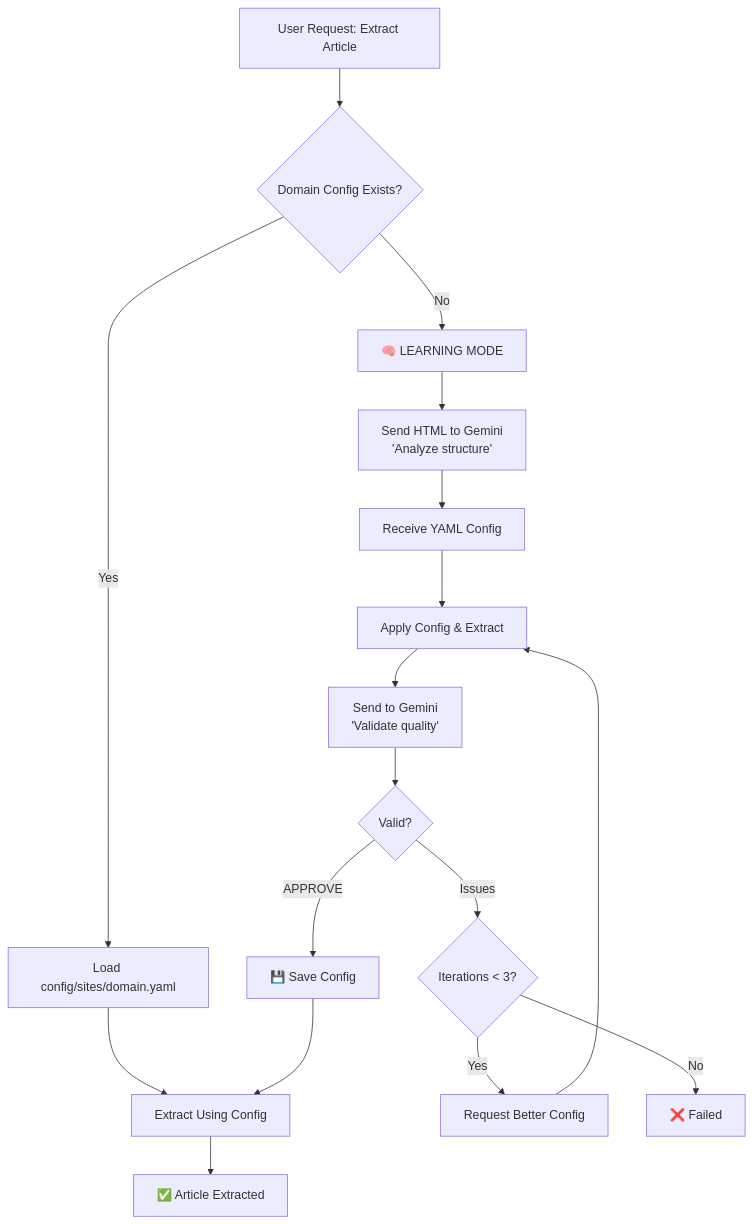
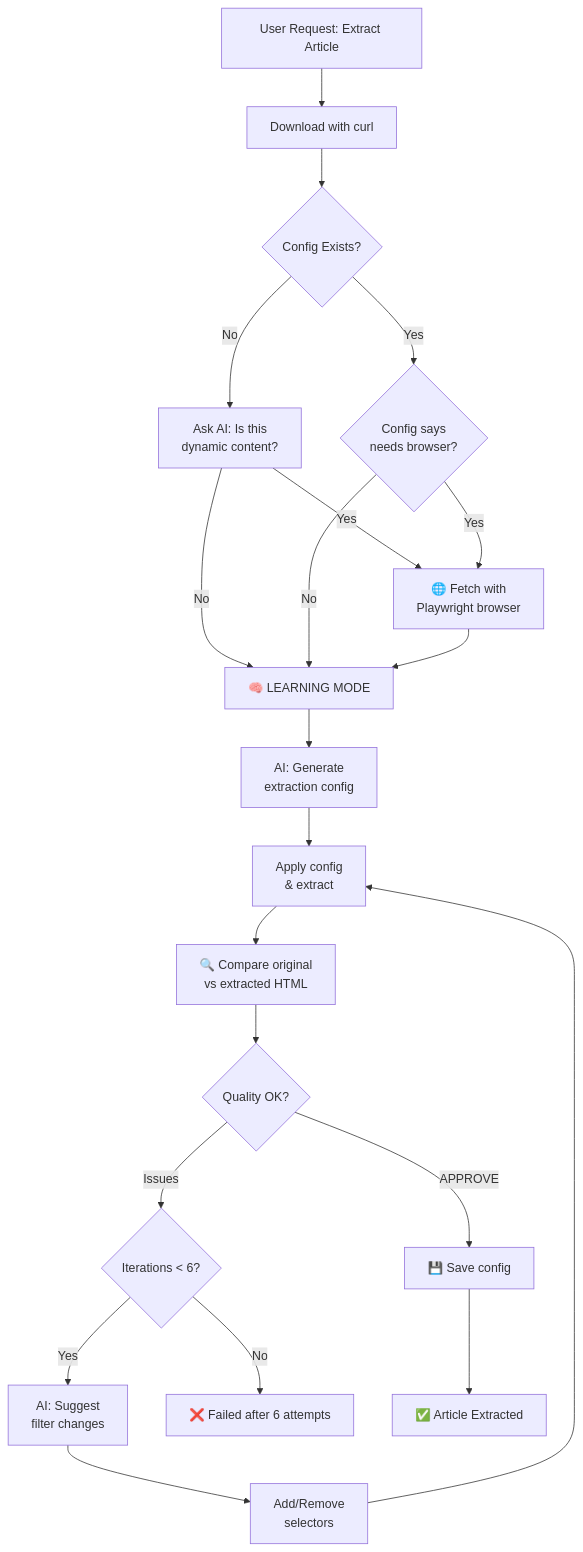
Before and after one commit to Denter-/article-2-text: the first of 3 diagrams in docs/technical/site-registry.md, drawn with Mermaid. The commit also changed other lines of this file and 13 other files, not shown here.

````diff
--- a/docs/technical/site-registry.md
+++ b/docs/technical/site-registry.md
@@ -23,23 +24,28 @@
 ```mermaid
 flowchart TD
-    A[User Request: Extract Article] --> B{Domain Config Exists?}
-    B -->|Yes| C[Load config/sites/domain.yaml]
-    B -->|No| D[🧠 LEARNING MODE]
+    A[User Request: Extract Article] --> B[Download with curl]
+    B --> C{Config Exists?}
+    C -->|Yes| D{Config says<br/>needs browser?}
+    C -->|No| E[Ask AI: Is this<br/>dynamic content?]
     
-    C --> E[Extract Using Config]
+    E -->|Yes| F[🌐 Fetch with<br/>Playwright browser]
+    E -->|No| G[🧠 LEARNING MODE]
+    D -->|Yes| F
+    D -->|No| G
     
-    D --> F[Send HTML to Gemini<br/>'Analyze structure']
-    F --> G[Receive YAML Config]
-    G --> H[Apply Config & Extract]
-    H --> I[Send to Gemini<br/>'Validate quality']
+    F --> G
     
-    I --> J{Valid?}
-    J -->|APPROVE| K[💾 Save Config]
-    J -->|Issues| L{Iterations < 3?}
-    L -->|Yes| M[Request Better Config]
-    M --> H
-    L -->|No| N[❌ Failed]
+    G --> H[AI: Generate<br/>extraction config]
+    H --> I[Apply config<br/>& extract]
+    I --> J[🔍 Compare original<br/>vs extracted HTML]
     
-    K --> E
-    E --> O[✅ Article Extracted]
+    J --> K{Quality OK?}
+    K -->|APPROVE| L[💾 Save config]
+    K -->|Issues| M{Iterations < 6?}
+    M -->|Yes| N[AI: Suggest<br/>filter changes]
+    N --> O[Add/Remove<br/>selectors]
+    O --> I
+    M -->|No| P[❌ Failed after 6 attempts]
+    
+    L --> Q[✅ Article Extracted]
 ```
````
